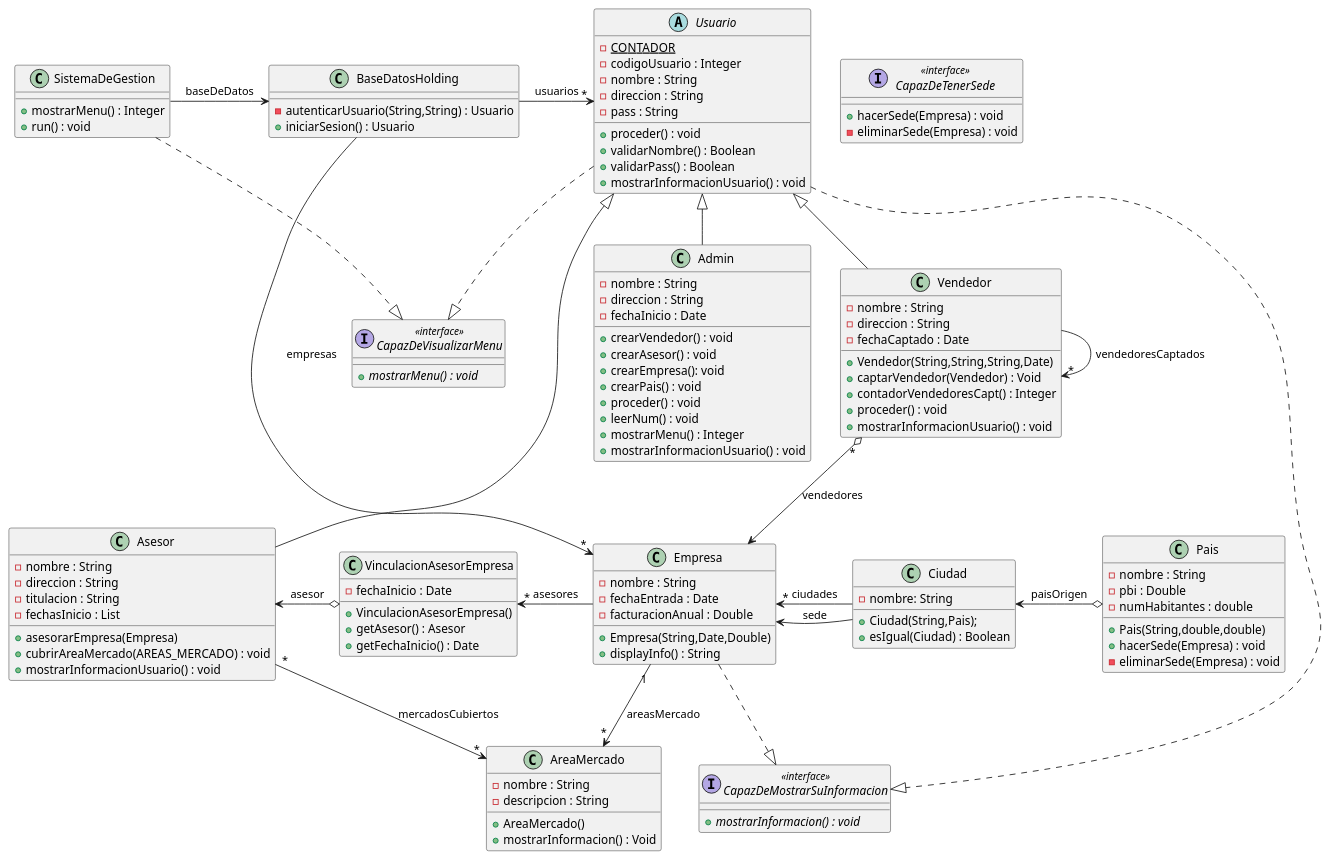
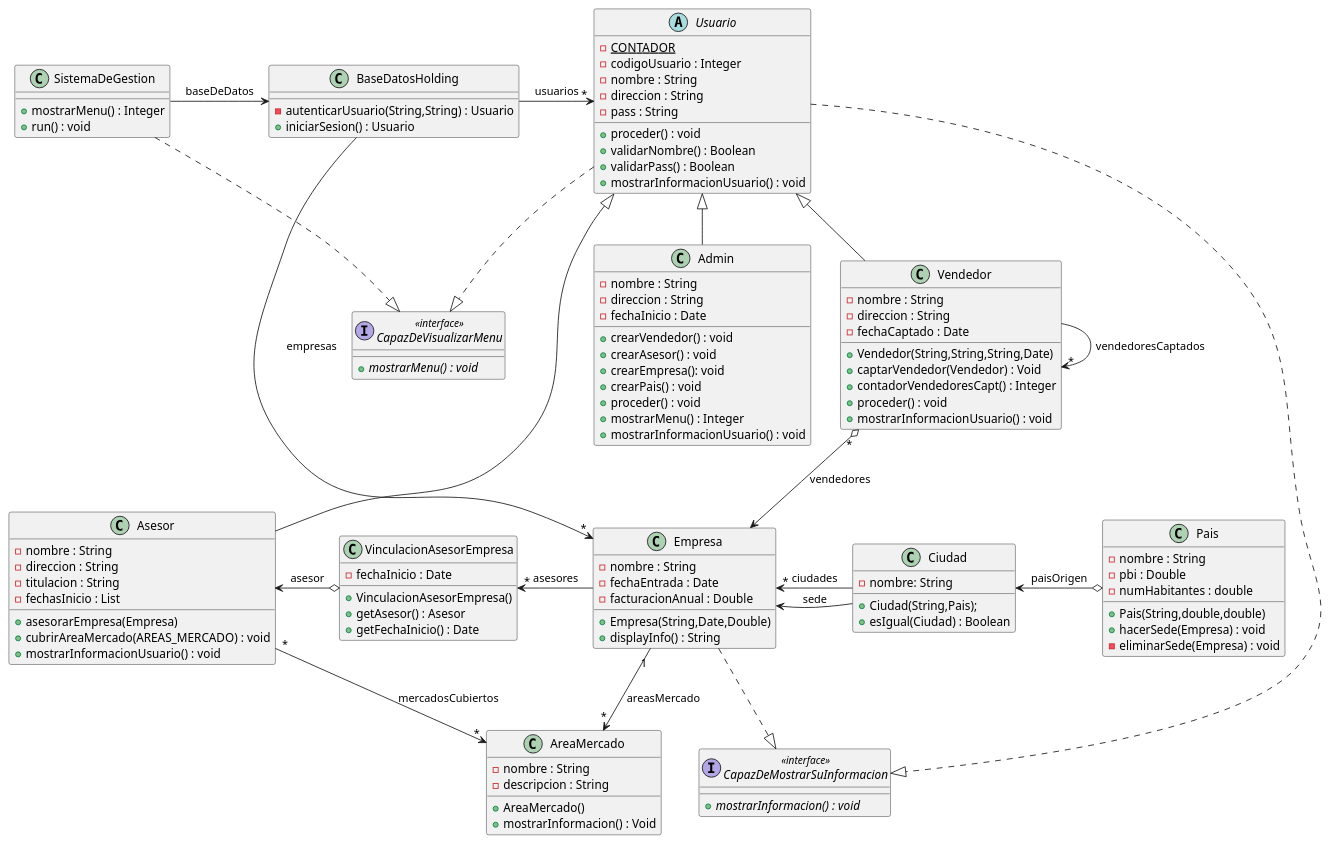
Before and after one commit to maxi-stein/Proyecto-Programacion-2: the diagram in proyecto-programacion2/src/holding/diagrama-de-clases.puml, drawn with PlantUML. The commit also changed 2 other files, not shown here.

```diff
--- a/proyecto-programacion2/src/holding/diagrama-de-clases.puml
+++ b/proyecto-programacion2/src/holding/diagrama-de-clases.puml
@@ -1,137 +1,129 @@
 @startuml
 class SistemaDeGestion{
 +mostrarMenu() : Integer
 +run() : void
 }
 
 class BaseDatosHolding{
 -autenticarUsuario(String,String) : Usuario
 +iniciarSesion() : Usuario
 }
 
 abstract Usuario{
 -{static} CONTADOR
 -codigoUsuario : Integer
 -nombre : String
 -direccion : String
 -pass : String
 
 +proceder() : void
 +validarNombre() : Boolean
 +validarPass() : Boolean
 +mostrarInformacionUsuario() : void
 }
 
 class Vendedor extends Usuario{
     -nombre : String
     -direccion : String
     -fechaCaptado : Date
     +Vendedor(String,String,String,Date)
     +captarVendedor(Vendedor) : Void
     +contadorVendedoresCapt() : Integer
     +proceder() : void
     +mostrarInformacionUsuario() : void
 
 }
 
 class Empresa{
     -nombre : String
     -fechaEntrada : Date
     -facturacionAnual : Double
     +Empresa(String,Date,Double)
     +displayInfo() : String
 }
 
 class AreaMercado {
     -nombre : String
     -descripcion : String
 
     +AreaMercado()
     +mostrarInformacion() : Void
 }
 
 class Asesor extends Usuario{
 -nombre : String
 -direccion : String
 -titulacion : String
 -fechasInicio : List
 +asesorarEmpresa(Empresa)
 +cubrirAreaMercado(AREAS_MERCADO) : void
 +mostrarInformacionUsuario() : void
 }
 
 class VinculacionAsesorEmpresa{
     -fechaInicio : Date
 
     +VinculacionAsesorEmpresa()
     +getAsesor() : Asesor
     +getFechaInicio() : Date
 }
 
 class Admin extends Usuario{
 -nombre : String
 -direccion : String
 -fechaInicio : Date
 +crearVendedor() : void
 +crearAsesor() : void
 +crearEmpresa(): void
 +crearPais() : void
 +proceder() : void
-+leerNum() : void
 +mostrarMenu() : Integer
 +mostrarInformacionUsuario() : void
 }
 
 class Pais{
     -nombre : String
     -pbi : Double
     -numHabitantes : double
 
     +Pais(String,double,double)
     +hacerSede(Empresa) : void
     -eliminarSede(Empresa) : void
 }
 
 class Ciudad{
     -nombre: String
     +Ciudad(String,Pais);
     +esIgual(Ciudad) : Boolean
 }
 
-interface CapazDeTenerSede <<interface>>{
-    +hacerSede(Empresa) : void
-    -eliminarSede(Empresa) : void
-}
 
 interface CapazDeVisualizarMenu <<interface>>{
     +{abstract} mostrarMenu() : void
 }
 
 interface CapazDeMostrarSuInformacion <<interface>>{
     +{abstract} mostrarInformacion() : void
 }
-
-
-
 
 SistemaDeGestion -> BaseDatosHolding : "baseDeDatos"
 SistemaDeGestion -.|> CapazDeVisualizarMenu
 BaseDatosHolding -> "*" Usuario : usuarios
 BaseDatosHolding -> "*" Empresa : empresas
 Usuario -.|> CapazDeVisualizarMenu
 Usuario -.|> CapazDeMostrarSuInformacion
 Vendedor "*" o--> Empresa : vendedores
 Vendedor -> "*" Vendedor : vendedoresCaptados
 
 Empresa "1"--> "*" AreaMercado : areasMercado
 Empresa -.|> CapazDeMostrarSuInformacion
 Empresa <- Ciudad : sede
 VinculacionAsesorEmpresa "*" <- Empresa: asesores
 Ciudad <-o Pais : paisOrigen
 Ciudad -> "*" Empresa : ciudades
 
 Asesor "*"-> "*" AreaMercado : mercadosCubiertos
 Asesor <-o VinculacionAsesorEmpresa : asesor
 
 
 @enduml
```
